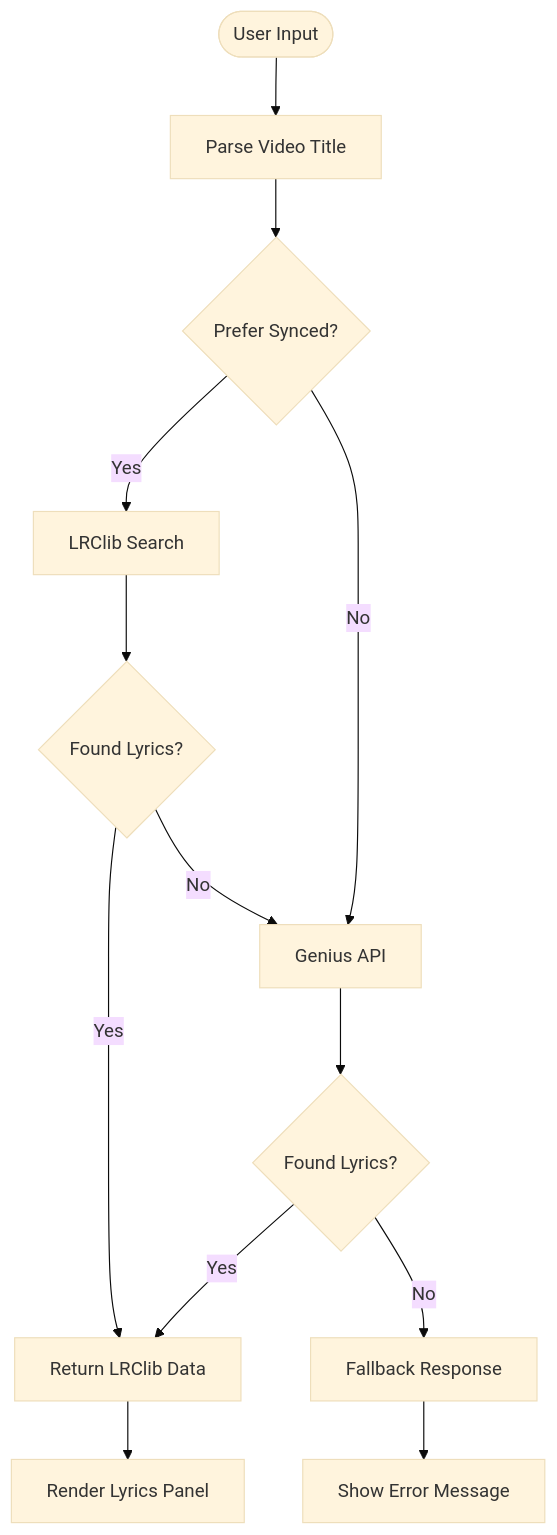
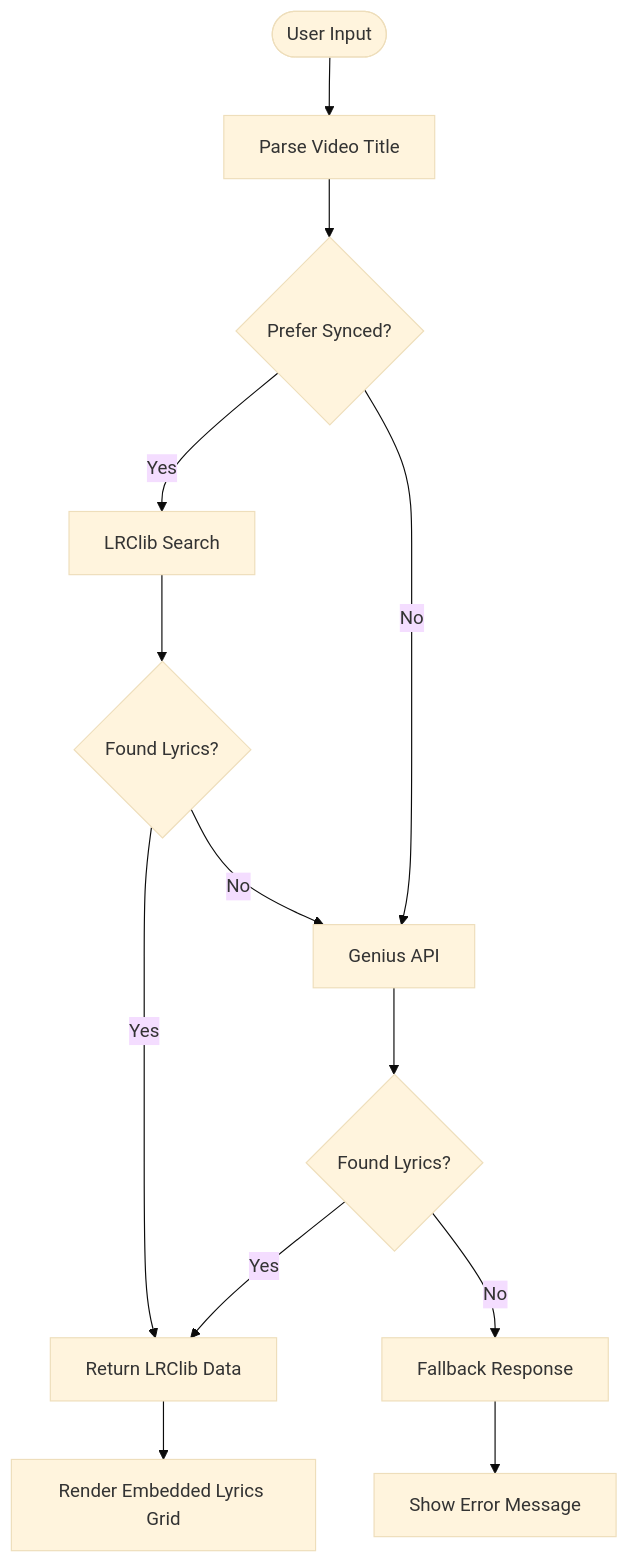
The fourth of 7 diagrams in .qoder/repowiki/en/content/Frontend Application/Component Library and UI System/Lyrics Display Components.md (ptnghia-j/ChordMiniApp), drawn with Mermaid (base theme) before and after one commit. The commit also changed other lines of this file and 60 other files, not shown here.

````diff
--- a/.qoder/repowiki/en/content/Frontend Application/Component Library and UI System/Lyrics Display Components.md
+++ b/.qoder/repowiki/en/content/Frontend Application/Component Library and UI System/Lyrics Display Components.md
@@ -298,15 +298,15 @@
 ```mermaid
 flowchart TD
 Start([User Input]) --> ParseQuery["Parse Video Title"]
 ParseQuery --> CheckSync{"Prefer Synced?"}
 CheckSync --> |Yes| LRClib["LRClib Search"]
 CheckSync --> |No| Genius["Genius API"]
 LRClib --> LRClibSuccess{"Found Lyrics?"}
 LRClibSuccess --> |Yes| Success["Return LRClib Data"]
 LRClibSuccess --> |No| Genius
 Genius --> GeniusSuccess{"Found Lyrics?"}
 GeniusSuccess --> |Yes| Success
 GeniusSuccess --> |No| Fallback["Fallback Response"]
-Success --> Display["Render Lyrics Panel"]
+Success --> Display["Render Embedded Lyrics Grid"]
 Fallback --> Error["Show Error Message"]
 ```
````
